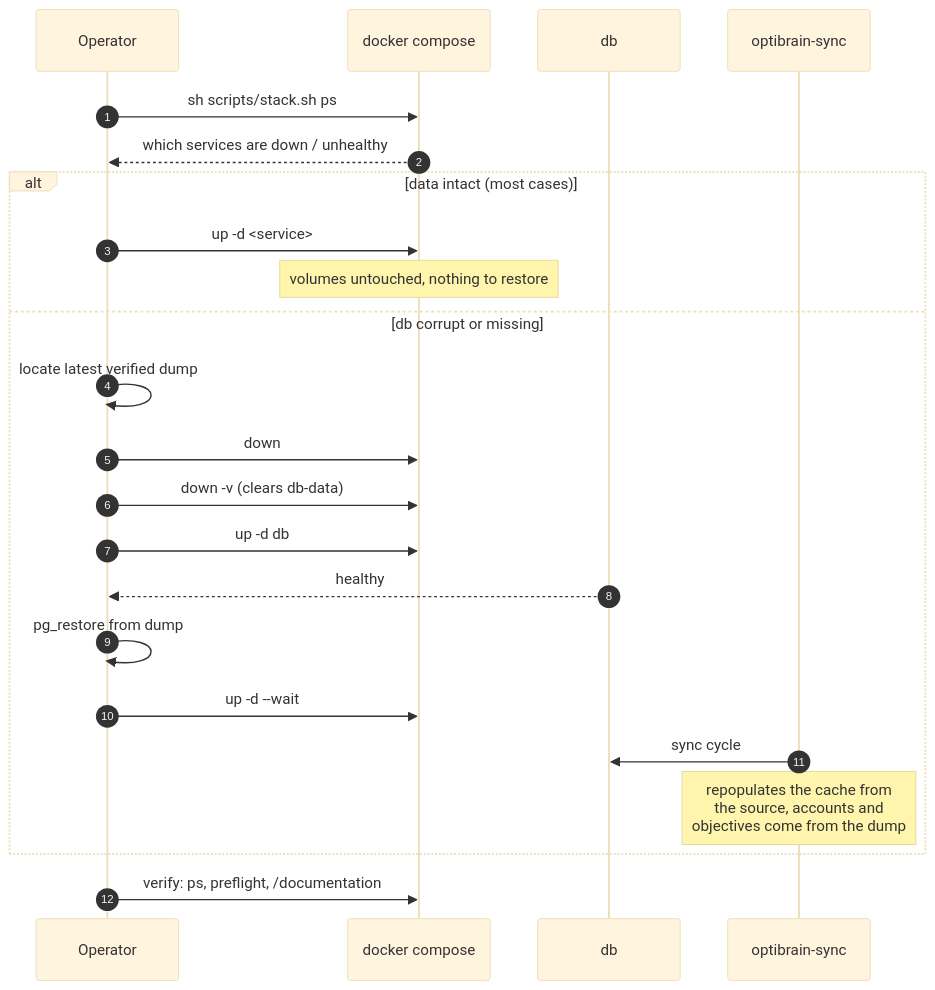
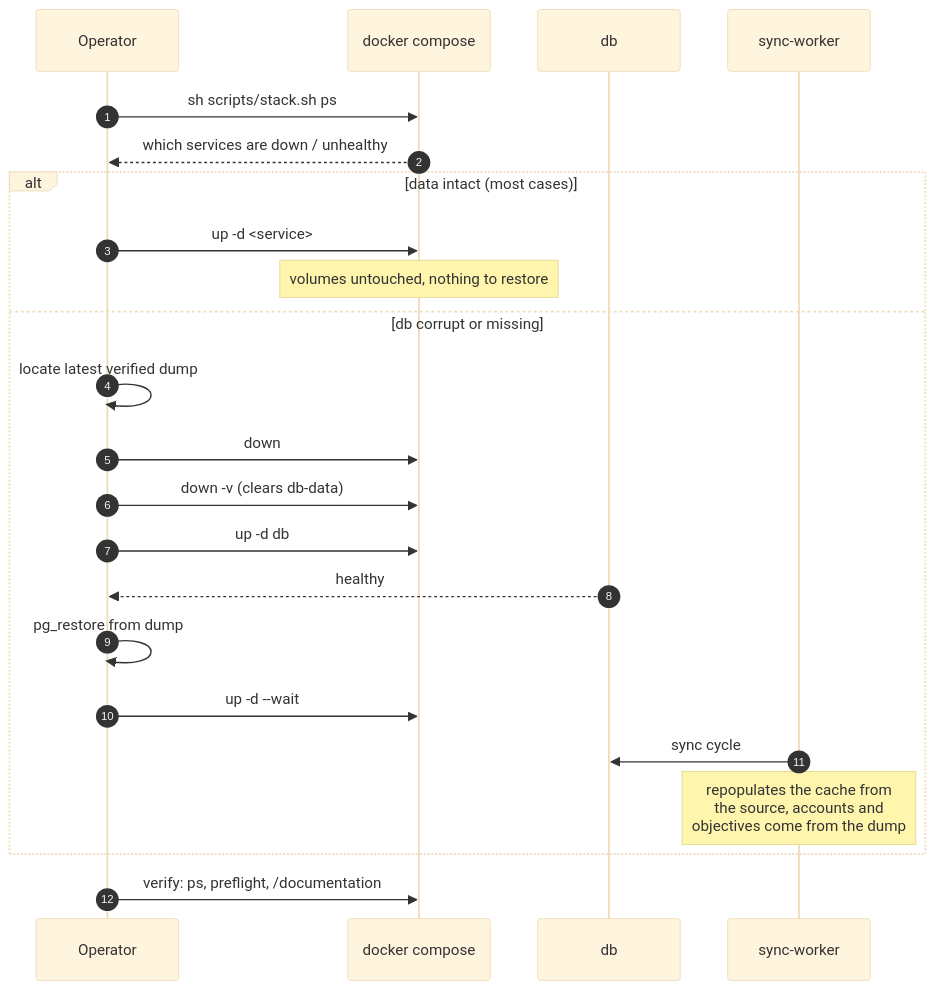
Before and after one commit to sadc-lab/MYPICU: the diagram in docs/backup-restore.md, drawn with Mermaid (base theme). The commit also changed other lines of this file and 25 other files, not shown here.

First line of the commit message:
refactor: generalize sync worker for module adapters

````diff
--- a/docs/backup-restore.md
+++ b/docs/backup-restore.md
@@ -231,28 +228,28 @@
 ```{mermaid}
 sequenceDiagram
     autonumber
     participant O as Operator
     participant DC as docker compose
     participant DB as db
-    participant SY as optibrain-sync
+    participant SY as sync-worker
 
     O->>DC: sh scripts/stack.sh ps
     DC-->>O: which services are down / unhealthy
 
     alt data intact (most cases)
         O->>DC: up -d <service>
         Note over DC: volumes untouched, nothing to restore
     else db corrupt or missing
         O->>O: locate latest verified dump
         O->>DC: down
         O->>DC: down -v   (clears db-data)
         O->>DC: up -d db
         DB-->>O: healthy
         O->>O: pg_restore from dump
         O->>DC: up -d --wait
         SY->>DB: sync cycle
         Note over SY: repopulates the cache from<br/>the source, accounts and<br/>objectives come from the dump
     end
 
     O->>DC: verify: ps, preflight, /documentation
 ```
````
